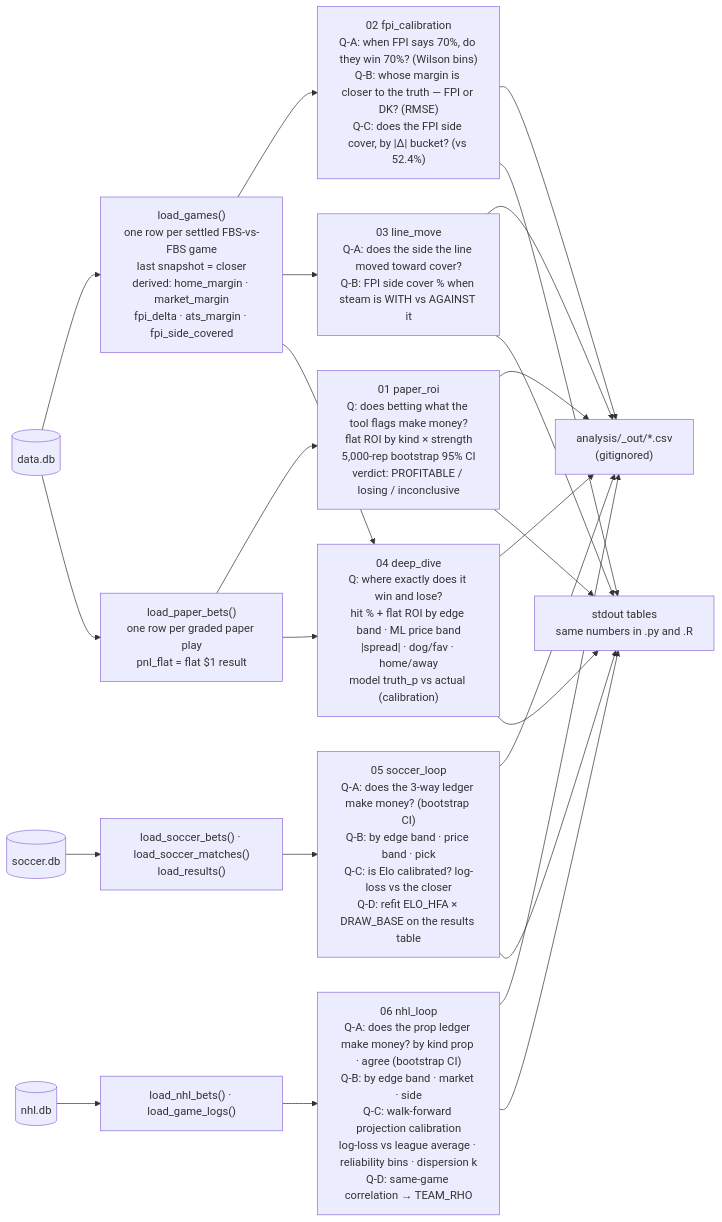
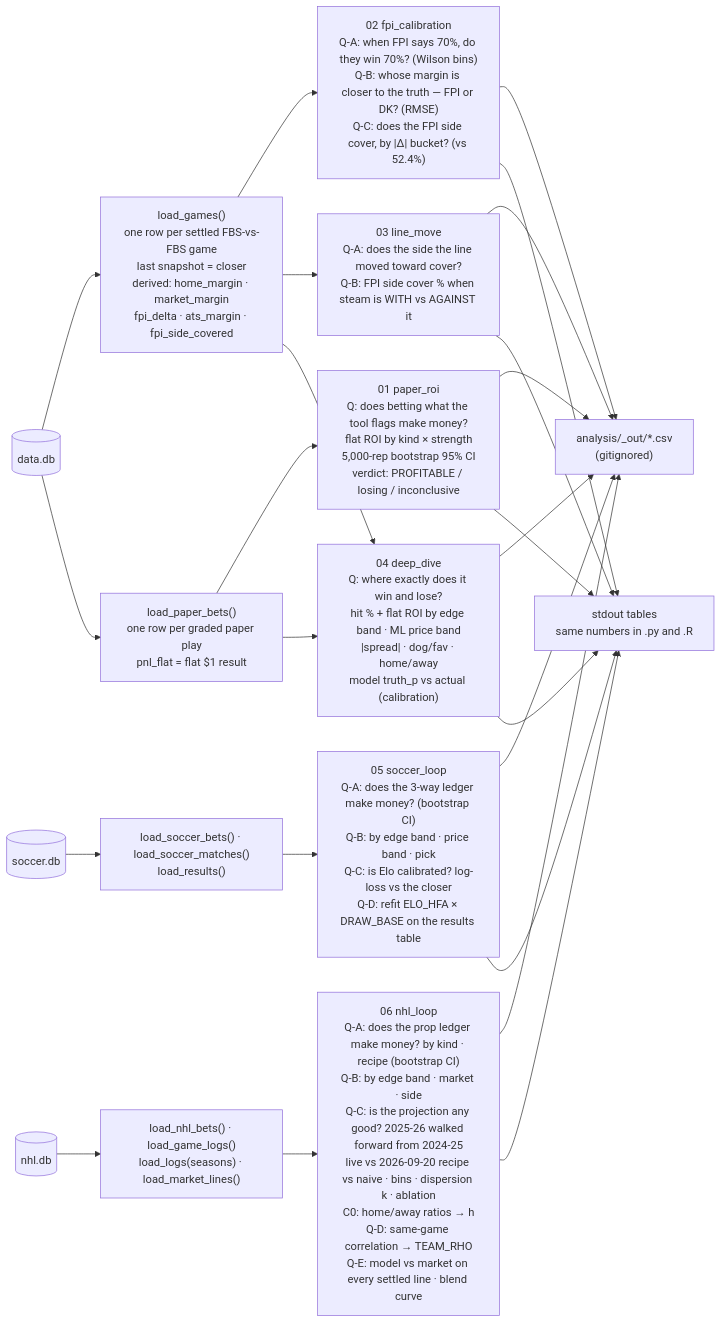
One commit to wbp318/cfb_soccer_nhl_2026_2027 changed the third of 27 diagrams in README.md. Above: the diagram before and after it, drawn with Mermaid. The commit also changed other lines of this file and 10 other files, not shown here.

````diff
--- a/README.md
+++ b/README.md
@@ -295,18 +296,18 @@
 ```mermaid
 flowchart LR
     DB[("data.db")] --> LG["load_games()\none row per settled FBS-vs-FBS game\nlast snapshot = closer\nderived: home_margin · market_margin\nfpi_delta · ats_margin · fpi_side_covered"]
     DB --> LB["load_paper_bets()\none row per graded paper play\npnl_flat = flat $1 result"]
 
     LB --> S1["01 paper_roi\nQ: does betting what the tool flags make money?\nflat ROI by kind × strength\n5,000-rep bootstrap 95% CI\nverdict: PROFITABLE / losing / inconclusive"]
     LG --> S2["02 fpi_calibration\nQ-A: when FPI says 70%, do they win 70%? (Wilson bins)\nQ-B: whose margin is closer to the truth — FPI or DK? (RMSE)\nQ-C: does the FPI side cover, by |Δ| bucket? (vs 52.4%)"]
     LG --> S3["03 line_move\nQ-A: does the side the line moved toward cover?\nQ-B: FPI side cover % when steam is WITH vs AGAINST it"]
     LB --> S4["04 deep_dive\nQ: where exactly does it win and lose?\nhit % + flat ROI by edge band · ML price band\n|spread| · dog/fav · home/away\nmodel truth_p vs actual (calibration)"]
     LG --> S4
     SDB[("soccer.db")] --> LSB["load_soccer_bets() · load_soccer_matches()\nload_results()"]
     LSB --> S5["05 soccer_loop\nQ-A: does the 3-way ledger make money? (bootstrap CI)\nQ-B: by edge band · price band · pick\nQ-C: is Elo calibrated? log-loss vs the closer\nQ-D: refit ELO_HFA × DRAW_BASE on the results table"]
-    NDB[("nhl.db")] --> LNB["load_nhl_bets() · load_game_logs()"]
-    LNB --> S6["06 nhl_loop\nQ-A: does the prop ledger make money? by kind prop · agree (bootstrap CI)\nQ-B: by edge band · market · side\nQ-C: walk-forward projection calibration\nlog-loss vs league average · reliability bins · dispersion k\nQ-D: same-game correlation → TEAM_RHO"]
+    NDB[("nhl.db")] --> LNB["load_nhl_bets() · load_game_logs()\nload_logs(seasons) · load_market_lines()"]
+    LNB --> S6["06 nhl_loop\nQ-A: does the prop ledger make money? by kind · recipe (bootstrap CI)\nQ-B: by edge band · market · side\nQ-C: is the projection any good? 2025-26 walked forward from 2024-25\nlive vs 2026-09-20 recipe vs naive · bins · dispersion k · ablation\nC0: home/away ratios → h\nQ-D: same-game correlation → TEAM_RHO\nQ-E: model vs market on every settled line · blend curve"]
 
     S1 & S2 & S3 & S4 & S5 & S6 --> OUTC["analysis/_out/*.csv\n(gitignored)"]
     S1 & S2 & S3 & S4 & S5 & S6 --> STD["stdout tables\nsame numbers in .py and .R"]
 ```
````
